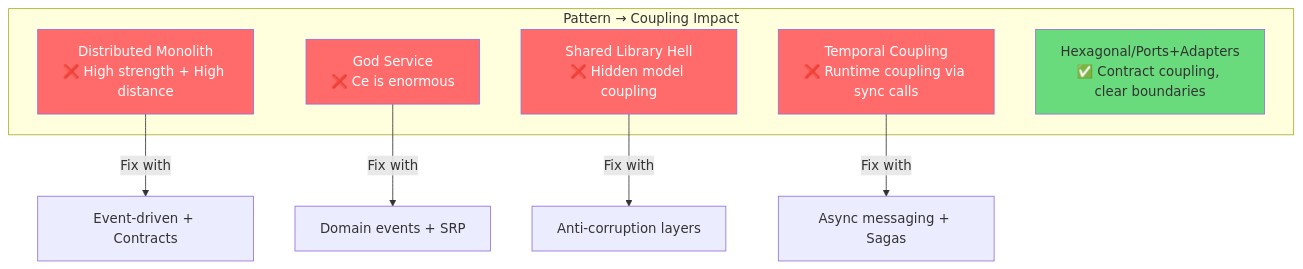
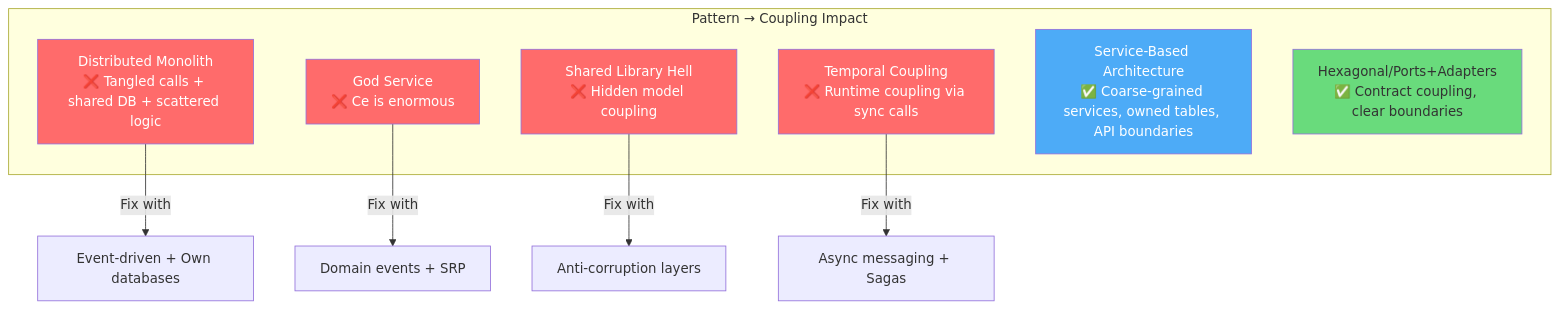
Before and after one commit to anaerobic/coupling: the eighth of 8 diagrams in coupling-in-practice.md, drawn with Mermaid. The commit also changed other lines of this file, not shown here.

First line of the commit message:
Improve Scenario 1 distributed monolith, add Scenario 5 service-based architecture

````diff
--- a/coupling-in-practice.md
+++ b/coupling-in-practice.md
@@ -1037,21 +1419,23 @@
 ```mermaid
 flowchart TD
     subgraph patterns ["Pattern → Coupling Impact"]
-        DM["Distributed Monolith<br/>❌ High strength + High distance"]
+        DM["Distributed Monolith<br/>❌ Tangled calls + shared DB + scattered logic"]
         GS["God Service<br/>❌ Ce is enormous"]
         SL["Shared Library Hell<br/>❌ Hidden model coupling"]
         TC["Temporal Coupling<br/>❌ Runtime coupling via sync calls"]
+        SBA["Service-Based Architecture<br/>✅ Coarse-grained services, owned tables, API boundaries"]
         HEX["Hexagonal/Ports+Adapters<br/>✅ Contract coupling, clear boundaries"]
     end
     
-    DM -->|"Fix with"| EV[Event-driven + Contracts]
+    DM -->|"Fix with"| EV[Event-driven + Own databases]
     GS -->|"Fix with"| CQRS[Domain events + SRP]
     SL -->|"Fix with"| ACL[Anti-corruption layers]
     TC -->|"Fix with"| ASYNC[Async messaging + Sagas]
     
     style DM fill:#ff6b6b,color:#fff
     style GS fill:#ff6b6b,color:#fff
     style SL fill:#ff6b6b,color:#fff
     style TC fill:#ff6b6b,color:#fff
+    style SBA fill:#4dabf7,color:#fff
     style HEX fill:#69db7c,color:#333
 ```
````
